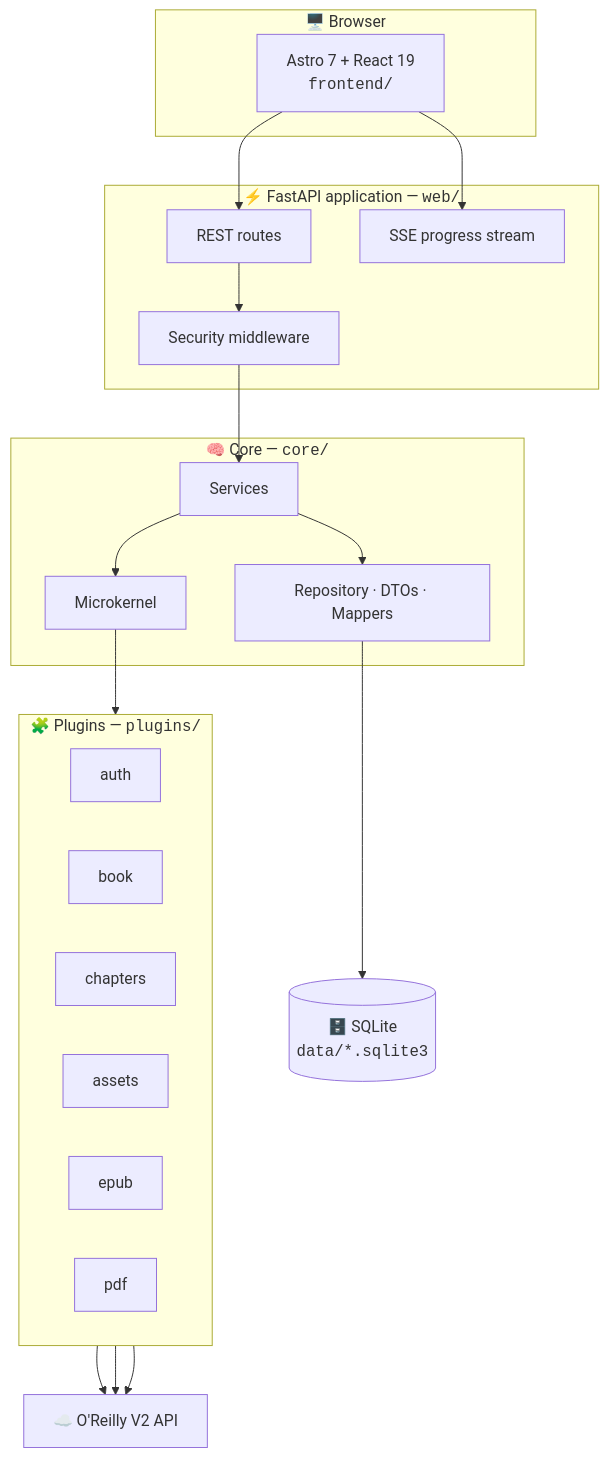
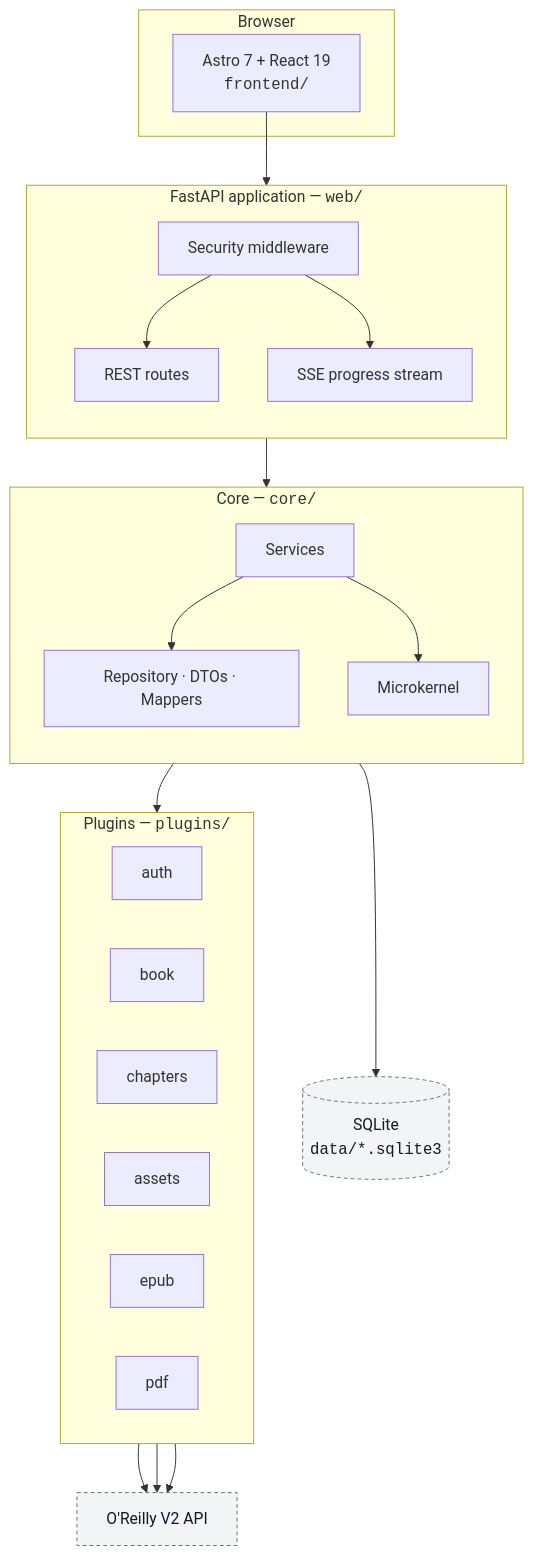
The first of 2 diagrams in README.md (ZnOw01/Ryliox), drawn with Mermaid before and after one commit. The commit also changed other lines of this file, not shown here.

Commit message:
docs: redesign README with cleaner layout and styled diagrams (#4)

````diff
--- a/README.md
+++ b/README.md
@@ -108,37 +108,43 @@
 ```mermaid
 flowchart TB
-    subgraph Client["🖥️ Browser"]
+    subgraph Client["Browser"]
         UI["Astro 7 + React 19<br/><code>frontend/</code>"]
     end
 
-    subgraph Server["⚡ FastAPI application — <code>web/</code>"]
+    subgraph Server["FastAPI application — <code>web/</code>"]
+        direction TB
         MW["Security middleware"]
         API["REST routes"]
         SSE["SSE progress stream"]
     end
 
-    subgraph Core["🧠 Core — <code>core/</code>"]
+    subgraph Core["Core — <code>core/</code>"]
+        direction TB
         SVC["Services"]
         REPO["Repository · DTOs · Mappers"]
         KRN["Microkernel"]
     end
 
-    subgraph Plugins["🧩 Plugins — <code>plugins/</code>"]
+    subgraph Plugins["Plugins — <code>plugins/</code>"]
         direction LR
         P1["auth"]
         P2["book"]
         P3["chapters"]
         P4["assets"]
         P5["epub"]
         P6["pdf"]
     end
 
-    DB[("🗄️ SQLite<br/><code>data/*.sqlite3</code>")]
-    OR["☁️ O'Reilly V2 API"]
+    DB[("SQLite<br/><code>data/*.sqlite3</code>")]
+    OR["O'Reilly V2 API"]
 
-    UI --> API & SSE
-    API --> MW --> SVC
+    UI --> MW
+    MW --> API & SSE
+    API --> SVC
     SVC --> REPO --> DB
     SVC --> KRN --> Plugins
     P2 & P3 & P4 --> OR
+
+    classDef external fill:#f3f4f6,stroke:#6b7280,color:#111827,stroke-dasharray:4 3
+    class DB,OR external
 ```
````
